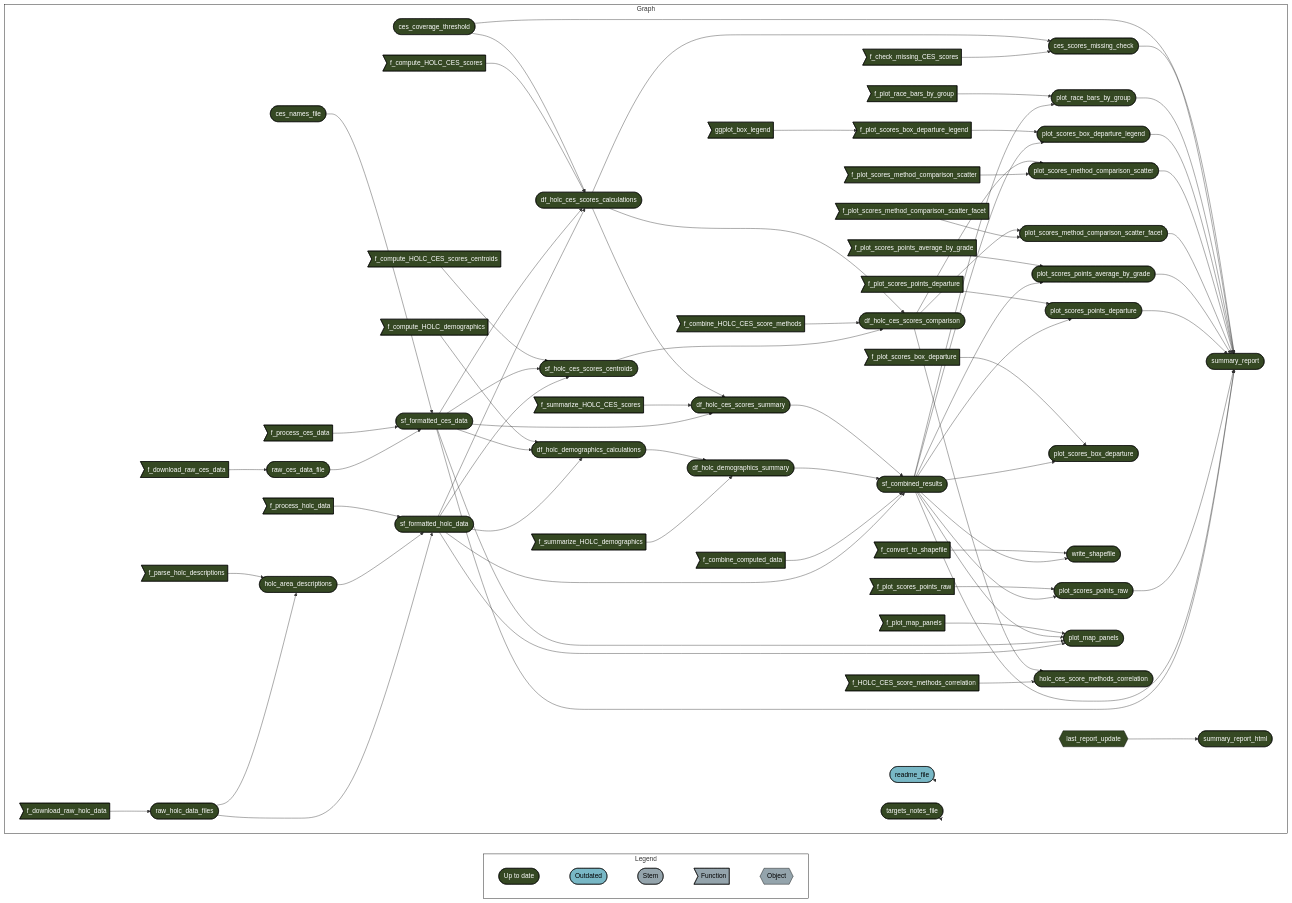
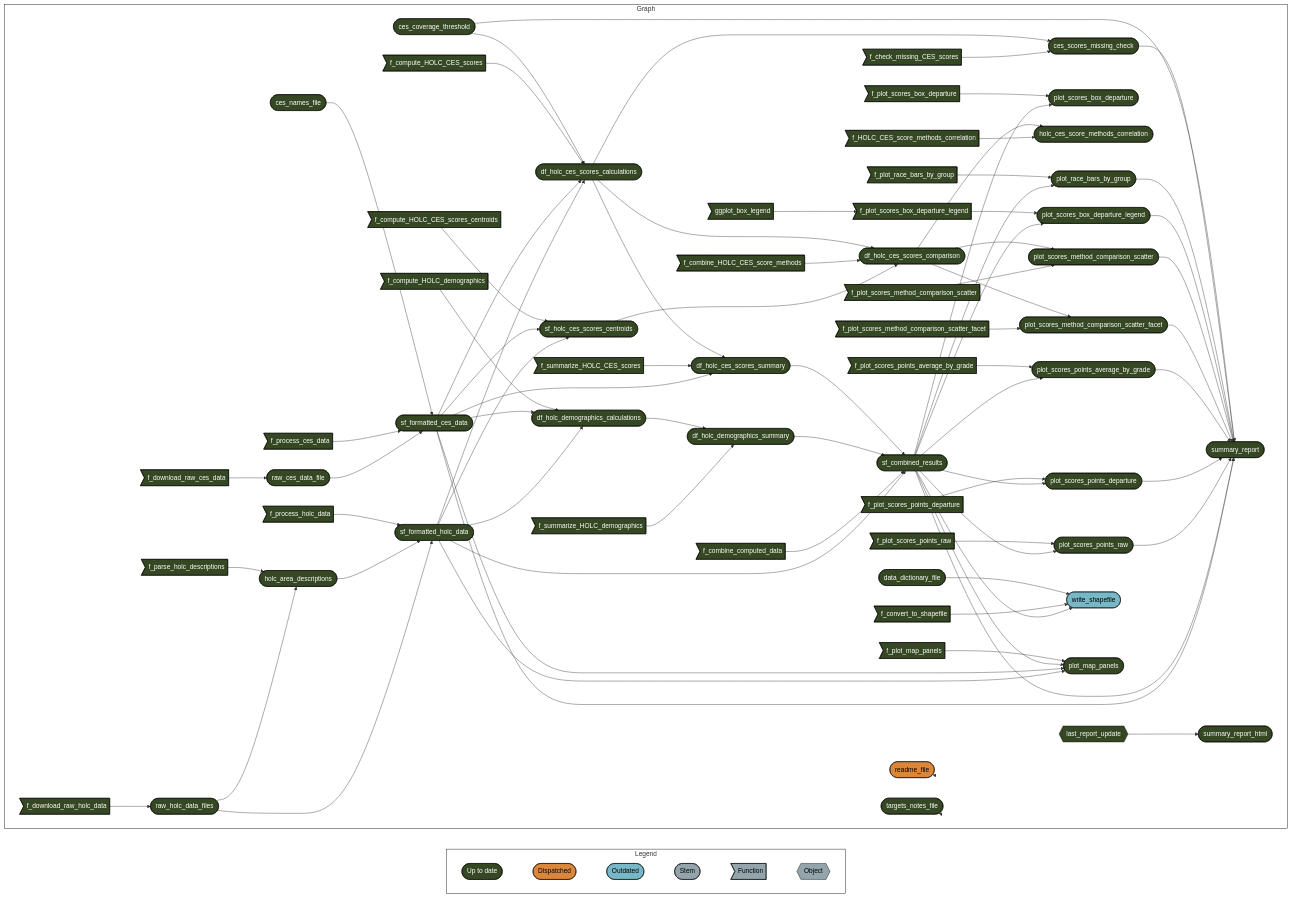
One commit to daltare/pollution-and-prejudice changed the diagram in README.md. Above: the diagram before and after it, drawn with Mermaid. The commit also changed 3 other files, not shown here.

Commit message:
add data dictionary file as a separate target

````diff
--- a/README.md
+++ b/README.md
@@ -123,7 +123,8 @@
   style Graph fill:#FFFFFF00,stroke:#000000;
   subgraph Legend
     direction LR
-    x7420bd9270f8d27d([""Up to date""]):::uptodate --- x0a52b03877696646([""Outdated""]):::outdated
+    x7420bd9270f8d27d([""Up to date""]):::uptodate --- xa8565c104d8f0705([""Dispatched""]):::dispatched
+    xa8565c104d8f0705([""Dispatched""]):::dispatched --- x0a52b03877696646([""Outdated""]):::outdated
     x0a52b03877696646([""Outdated""]):::outdated --- xbf4603d6c2c2ad6b([""Stem""]):::none
     xbf4603d6c2c2ad6b([""Stem""]):::none --- xf0bce276fe2b9d3e>""Function""]:::none
     xf0bce276fe2b9d3e>""Function""]:::none --- x5bffbffeae195fc9{{""Object""}}:::none
@@ -131,21 +132,27 @@
   subgraph Graph
     direction LR
     x723651d51c4d9039>"ggplot_box_legend"]:::uptodate --> x9fc5d9228e2f8c78>"f_plot_scores_box_departure_legend"]:::uptodate
-    xbc38fdbb09f54cdc(["df_holc_ces_scores_summary"]):::uptodate --> x7774e14ad1201765(["sf_combined_results"]):::uptodate
-    x722c080414fdf571(["df_holc_demographics_summary"]):::uptodate --> x7774e14ad1201765(["sf_combined_results"]):::uptodate
-    xf90b49dd379c5312>"f_combine_computed_data"]:::uptodate --> x7774e14ad1201765(["sf_combined_results"]):::uptodate
-    xd358c84560a350ea(["sf_formatted_holc_data"]):::uptodate --> x7774e14ad1201765(["sf_combined_results"]):::uptodate
-    x05780902aff2e52e>"f_plot_scores_points_departure"]:::uptodate --> x85db2b90c235dab6(["plot_scores_points_departure"]):::uptodate
-    x7774e14ad1201765(["sf_combined_results"]):::uptodate --> x85db2b90c235dab6(["plot_scores_points_departure"]):::uptodate
-    xf2cacda6c5be1d56(["df_holc_ces_scores_calculations"]):::uptodate --> xbc38fdbb09f54cdc(["df_holc_ces_scores_summary"]):::uptodate
-    x24483bb6f5885403>"f_summarize_HOLC_CES_scores"]:::uptodate --> xbc38fdbb09f54cdc(["df_holc_ces_scores_summary"]):::uptodate
-    x66ea1e7e4088616e(["sf_formatted_ces_data"]):::uptodate --> xbc38fdbb09f54cdc(["df_holc_ces_scores_summary"]):::uptodate
     x9fc5d9228e2f8c78>"f_plot_scores_box_departure_legend"]:::uptodate --> xd261dc6bb4fd422e(["plot_scores_box_departure_legend"]):::uptodate
     x7774e14ad1201765(["sf_combined_results"]):::uptodate --> xd261dc6bb4fd422e(["plot_scores_box_departure_legend"]):::uptodate
+    x3566400abf0582d0>"f_process_holc_data"]:::uptodate --> xd358c84560a350ea(["sf_formatted_holc_data"]):::uptodate
+    xc134b761ca90db6a(["holc_area_descriptions"]):::uptodate --> xd358c84560a350ea(["sf_formatted_holc_data"]):::uptodate
+    x7deb259c829fdb2e(["raw_holc_data_files"]):::uptodate --> xd358c84560a350ea(["sf_formatted_holc_data"]):::uptodate
+    xcda122252060630c>"f_compute_HOLC_CES_scores_centroids"]:::uptodate --> x03e01758e45bc154(["sf_holc_ces_scores_centroids"]):::uptodate
+    x66ea1e7e4088616e(["sf_formatted_ces_data"]):::uptodate --> x03e01758e45bc154(["sf_holc_ces_scores_centroids"]):::uptodate
+    xd358c84560a350ea(["sf_formatted_holc_data"]):::uptodate --> x03e01758e45bc154(["sf_holc_ces_scores_centroids"]):::uptodate
     xb8f0b2810f342081(["ces_coverage_threshold"]):::uptodate --> xf2cacda6c5be1d56(["df_holc_ces_scores_calculations"]):::uptodate
     xb84eb9d541120890>"f_compute_HOLC_CES_scores"]:::uptodate --> xf2cacda6c5be1d56(["df_holc_ces_scores_calculations"]):::uptodate
     x66ea1e7e4088616e(["sf_formatted_ces_data"]):::uptodate --> xf2cacda6c5be1d56(["df_holc_ces_scores_calculations"]):::uptodate
     xd358c84560a350ea(["sf_formatted_holc_data"]):::uptodate --> xf2cacda6c5be1d56(["df_holc_ces_scores_calculations"]):::uptodate
+    xd22b3ef3698af9c3>"f_plot_race_bars_by_group"]:::uptodate --> xe2341aac6be6d5c3(["plot_race_bars_by_group"]):::uptodate
+    x7774e14ad1201765(["sf_combined_results"]):::uptodate --> xe2341aac6be6d5c3(["plot_race_bars_by_group"]):::uptodate
+    x13ecd6c730196e92>"f_plot_scores_box_departure"]:::uptodate --> xc0917568d2ce3bee(["plot_scores_box_departure"]):::uptodate
+    x7774e14ad1201765(["sf_combined_results"]):::uptodate --> xc0917568d2ce3bee(["plot_scores_box_departure"]):::uptodate
+    x716156bac81cd62e(["df_holc_ces_scores_comparison"]):::uptodate --> xdf491333e4fb171a(["holc_ces_score_methods_correlation"]):::uptodate
+    x9f27f4335306e40c>"f_HOLC_CES_score_methods_correlation"]:::uptodate --> xdf491333e4fb171a(["holc_ces_score_methods_correlation"]):::uptodate
+    x4baab69ddc05606c>"f_compute_HOLC_demographics"]:::uptodate --> x0933fedf1eaed55e(["df_holc_demographics_calculations"]):::uptodate
+    x66ea1e7e4088616e(["sf_formatted_ces_data"]):::uptodate --> x0933fedf1eaed55e(["df_holc_demographics_calculations"]):::uptodate
+    xd358c84560a350ea(["sf_formatted_holc_data"]):::uptodate --> x0933fedf1eaed55e(["df_holc_demographics_calculations"]):::uptodate
     xb8f0b2810f342081(["ces_coverage_threshold"]):::uptodate --> xe24c603975ef95ce(["summary_report"]):::uptodate
     xcdcbc8327c73002a(["ces_scores_missing_check"]):::uptodate --> xe24c603975ef95ce(["summary_report"]):::uptodate
     xe2341aac6be6d5c3(["plot_race_bars_by_group"]):::uptodate --> xe24c603975ef95ce(["summary_report"]):::uptodate
@@ -157,60 +164,57 @@
     xd06bbe78c7eb9f6c(["plot_scores_points_raw"]):::uptodate --> xe24c603975ef95ce(["summary_report"]):::uptodate
     x7774e14ad1201765(["sf_combined_results"]):::uptodate --> xe24c603975ef95ce(["summary_report"]):::uptodate
     x66ea1e7e4088616e(["sf_formatted_ces_data"]):::uptodate --> xe24c603975ef95ce(["summary_report"]):::uptodate
-    xcda122252060630c>"f_compute_HOLC_CES_scores_centroids"]:::uptodate --> x03e01758e45bc154(["sf_holc_ces_scores_centroids"]):::uptodate
-    x66ea1e7e4088616e(["sf_formatted_ces_data"]):::uptodate --> x03e01758e45bc154(["sf_holc_ces_scores_centroids"]):::uptodate
-    xd358c84560a350ea(["sf_formatted_holc_data"]):::uptodate --> x03e01758e45bc154(["sf_holc_ces_scores_centroids"]):::uptodate
-    x13ecd6c730196e92>"f_plot_scores_box_departure"]:::uptodate --> xc0917568d2ce3bee(["plot_scores_box_departure"]):::uptodate
-    x7774e14ad1201765(["sf_combined_results"]):::uptodate --> xc0917568d2ce3bee(["plot_scores_box_departure"]):::uptodate
-    x4baab69ddc05606c>"f_compute_HOLC_demographics"]:::uptodate --> x0933fedf1eaed55e(["df_holc_demographics_calculations"]):::uptodate
-    x66ea1e7e4088616e(["sf_formatted_ces_data"]):::uptodate --> x0933fedf1eaed55e(["df_holc_demographics_calculations"]):::uptodate
-    xd358c84560a350ea(["sf_formatted_holc_data"]):::uptodate --> x0933fedf1eaed55e(["df_holc_demographics_calculations"]):::uptodate
+    x28598aa74e36431d>"f_download_raw_holc_data"]:::uptodate --> x7deb259c829fdb2e(["raw_holc_data_files"]):::uptodate
     xe7b24c87dabecd62>"f_parse_holc_descriptions"]:::uptodate --> xc134b761ca90db6a(["holc_area_descriptions"]):::uptodate
     x7deb259c829fdb2e(["raw_holc_data_files"]):::uptodate --> xc134b761ca90db6a(["holc_area_descriptions"]):::uptodate
-    x3566400abf0582d0>"f_process_holc_data"]:::uptodate --> xd358c84560a350ea(["sf_formatted_holc_data"]):::uptodate
-    xc134b761ca90db6a(["holc_area_descriptions"]):::uptodate --> xd358c84560a350ea(["sf_formatted_holc_data"]):::uptodate
-    x7deb259c829fdb2e(["raw_holc_data_files"]):::uptodate --> xd358c84560a350ea(["sf_formatted_holc_data"]):::uptodate
-    xd22b3ef3698af9c3>"f_plot_race_bars_by_group"]:::uptodate --> xe2341aac6be6d5c3(["plot_race_bars_by_group"]):::uptodate
-    x7774e14ad1201765(["sf_combined_results"]):::uptodate --> xe2341aac6be6d5c3(["plot_race_bars_by_group"]):::uptodate
+    xf2cacda6c5be1d56(["df_holc_ces_scores_calculations"]):::uptodate --> x716156bac81cd62e(["df_holc_ces_scores_comparison"]):::uptodate
+    x1362e4f419a24a87>"f_combine_HOLC_CES_score_methods"]:::uptodate --> x716156bac81cd62e(["df_holc_ces_scores_comparison"]):::uptodate
+    x03e01758e45bc154(["sf_holc_ces_scores_centroids"]):::uptodate --> x716156bac81cd62e(["df_holc_ces_scores_comparison"]):::uptodate
+    x661c36f456260220>"f_plot_scores_points_average_by_grade"]:::uptodate --> x26888c3adf53b8ba(["plot_scores_points_average_by_grade"]):::uptodate
+    x7774e14ad1201765(["sf_combined_results"]):::uptodate --> x26888c3adf53b8ba(["plot_scores_points_average_by_grade"]):::uptodate
+    x0933fedf1eaed55e(["df_holc_demographics_calculations"]):::uptodate --> x722c080414fdf571(["df_holc_demographics_summary"]):::uptodate
+    x2dfdf1b5ee4ba094>"f_summarize_HOLC_demographics"]:::uptodate --> x722c080414fdf571(["df_holc_demographics_summary"]):::uptodate
+    xf443f725966ed075{{"last_report_update"}}:::uptodate --> x3b5990520b2e818d(["summary_report_html"]):::uptodate
+    x716156bac81cd62e(["df_holc_ces_scores_comparison"]):::uptodate --> xe4dc7810b8261f38(["plot_scores_method_comparison_scatter_facet"]):::uptodate
+    x3b0727f79ff18b40>"f_plot_scores_method_comparison_scatter_facet"]:::uptodate --> xe4dc7810b8261f38(["plot_scores_method_comparison_scatter_facet"]):::uptodate
+    x716156bac81cd62e(["df_holc_ces_scores_comparison"]):::uptodate --> x30558efb09c7936d(["plot_scores_method_comparison_scatter"]):::uptodate
+    xfded34a4d23e9e5d>"f_plot_scores_method_comparison_scatter"]:::uptodate --> x30558efb09c7936d(["plot_scores_method_comparison_scatter"]):::uptodate
+    x6a4e5ab768f76050>"f_plot_scores_points_raw"]:::uptodate --> xd06bbe78c7eb9f6c(["plot_scores_points_raw"]):::uptodate
+    x7774e14ad1201765(["sf_combined_results"]):::uptodate --> xd06bbe78c7eb9f6c(["plot_scores_points_raw"]):::uptodate
     x7ad41e3fd12f2676(["ces_names_file"]):::uptodate --> x66ea1e7e4088616e(["sf_formatted_ces_data"]):::uptodate
     xdca65f7684d779f0>"f_process_ces_data"]:::uptodate --> x66ea1e7e4088616e(["sf_formatted_ces_data"]):::uptodate
     x6538bfb2bd8fa5af(["raw_ces_data_file"]):::uptodate --> x66ea1e7e4088616e(["sf_formatted_ces_data"]):::uptodate
-    x661c36f456260220>"f_plot_scores_points_average_by_grade"]:::uptodate --> x26888c3adf53b8ba(["plot_scores_points_average_by_grade"]):::uptodate
-    x7774e14ad1201765(["sf_combined_results"]):::uptodate --> x26888c3adf53b8ba(["plot_scores_points_average_by_grade"]):::uptodate
-    x9e5564aad7264f3e>"f_convert_to_shapefile"]:::uptodate --> xf040698982835e96(["write_shapefile"]):::uptodate
-    x7774e14ad1201765(["sf_combined_results"]):::uptodate --> xf040698982835e96(["write_shapefile"]):::uptodate
-    xf443f725966ed075{{"last_report_update"}}:::uptodate --> x3b5990520b2e818d(["summary_report_html"]):::uptodate
+    x973757ac5e3621cd(["data_dictionary_file"]):::uptodate --> xf040698982835e96(["write_shapefile"]):::outdated
+    x9e5564aad7264f3e>"f_convert_to_shapefile"]:::uptodate --> xf040698982835e96(["write_shapefile"]):::outdated
+    x7774e14ad1201765(["sf_combined_results"]):::uptodate --> xf040698982835e96(["write_shapefile"]):::outdated
+    xc504145cdabdd854>"f_download_raw_ces_data"]:::uptodate --> x6538bfb2bd8fa5af(["raw_ces_data_file"]):::uptodate
+    xbc38fdbb09f54cdc(["df_holc_ces_scores_summary"]):::uptodate --> x7774e14ad1201765(["sf_combined_results"]):::uptodate
+    x722c080414fdf571(["df_holc_demographics_summary"]):::uptodate --> x7774e14ad1201765(["sf_combined_results"]):::uptodate
+    xf90b49dd379c5312>"f_combine_computed_data"]:::uptodate --> x7774e14ad1201765(["sf_combined_results"]):::uptodate
+    xd358c84560a350ea(["sf_formatted_holc_data"]):::uptodate --> x7774e14ad1201765(["sf_combined_results"]):::uptodate
+    xf2cacda6c5be1d56(["df_holc_ces_scores_calculations"]):::uptodate --> xcdcbc8327c73002a(["ces_scores_missing_check"]):::uptodate
+    x1909355c81c03a12>"f_check_missing_CES_scores"]:::uptodate --> xcdcbc8327c73002a(["ces_scores_missing_check"]):::uptodate
+    xf2cacda6c5be1d56(["df_holc_ces_scores_calculations"]):::uptodate --> xbc38fdbb09f54cdc(["df_holc_ces_scores_summary"]):::uptodate
+    x24483bb6f5885403>"f_summarize_HOLC_CES_scores"]:::uptodate --> xbc38fdbb09f54cdc(["df_holc_ces_scores_summary"]):::uptodate
+    x66ea1e7e4088616e(["sf_formatted_ces_data"]):::uptodate --> xbc38fdbb09f54cdc(["df_holc_ces_scores_summary"]):::uptodate
     xc11e093e8a0331b6>"f_plot_map_panels"]:::uptodate --> x52b2d35838d1c908(["plot_map_panels"]):::uptodate
     x7774e14ad1201765(["sf_combined_results"]):::uptodate --> x52b2d35838d1c908(["plot_map_panels"]):::uptodate
     x66ea1e7e4088616e(["sf_formatted_ces_data"]):::uptodate --> x52b2d35838d1c908(["plot_map_panels"]):::uptodate
     xd358c84560a350ea(["sf_formatted_holc_data"]):::uptodate --> x52b2d35838d1c908(["plot_map_panels"]):::uptodate
-    x716156bac81cd62e(["df_holc_ces_scores_comparison"]):::uptodate --> xe4dc7810b8261f38(["plot_scores_method_comparison_scatter_facet"]):::uptodate
-    x3b0727f79ff18b40>"f_plot_scores_method_comparison_scatter_facet"]:::uptodate --> xe4dc7810b8261f38(["plot_scores_method_comparison_scatter_facet"]):::uptodate
-    x28598aa74e36431d>"f_download_raw_holc_data"]:::uptodate --> x7deb259c829fdb2e(["raw_holc_data_files"]):::uptodate
-    xf2cacda6c5be1d56(["df_holc_ces_scores_calculations"]):::uptodate --> xcdcbc8327c73002a(["ces_scores_missing_check"]):::uptodate
-    x1909355c81c03a12>"f_check_missing_CES_scores"]:::uptodate --> xcdcbc8327c73002a(["ces_scores_missing_check"]):::uptodate
-    x716156bac81cd62e(["df_holc_ces_scores_comparison"]):::uptodate --> x30558efb09c7936d(["plot_scores_method_comparison_scatter"]):::uptodate
-    xfded34a4d23e9e5d>"f_plot_scores_method_comparison_scatter"]:::uptodate --> x30558efb09c7936d(["plot_scores_method_comparison_scatter"]):::uptodate
-    x0933fedf1eaed55e(["df_holc_demographics_calculations"]):::uptodate --> x722c080414fdf571(["df_holc_demographics_summary"]):::uptodate
-    x2dfdf1b5ee4ba094>"f_summarize_HOLC_demographics"]:::uptodate --> x722c080414fdf571(["df_holc_demographics_summary"]):::uptodate
-    xc504145cdabdd854>"f_download_raw_ces_data"]:::uptodate --> x6538bfb2bd8fa5af(["raw_ces_data_file"]):::uptodate
-    x716156bac81cd62e(["df_holc_ces_scores_comparison"]):::uptodate --> xdf491333e4fb171a(["holc_ces_score_methods_correlation"]):::uptodate
-    x9f27f4335306e40c>"f_HOLC_CES_score_methods_correlation"]:::uptodate --> xdf491333e4fb171a(["holc_ces_score_methods_correlation"]):::uptodate
-    xf2cacda6c5be1d56(["df_holc_ces_scores_calculations"]):::uptodate --> x716156bac81cd62e(["df_holc_ces_scores_comparison"]):::uptodate
-    x1362e4f419a24a87>"f_combine_HOLC_CES_score_methods"]:::uptodate --> x716156bac81cd62e(["df_holc_ces_scores_comparison"]):::uptodate
-    x03e01758e45bc154(["sf_holc_ces_scores_centroids"]):::uptodate --> x716156bac81cd62e(["df_holc_ces_scores_comparison"]):::uptodate
-    x6a4e5ab768f76050>"f_plot_scores_points_raw"]:::uptodate --> xd06bbe78c7eb9f6c(["plot_scores_points_raw"]):::uptodate
-    x7774e14ad1201765(["sf_combined_results"]):::uptodate --> xd06bbe78c7eb9f6c(["plot_scores_points_raw"]):::uptodate
-    x118ccf0169559b01(["readme_file"]):::outdated --> x118ccf0169559b01(["readme_file"]):::outdated
+    x05780902aff2e52e>"f_plot_scores_points_departure"]:::uptodate --> x85db2b90c235dab6(["plot_scores_points_departure"]):::uptodate
+    x7774e14ad1201765(["sf_combined_results"]):::uptodate --> x85db2b90c235dab6(["plot_scores_points_departure"]):::uptodate
+    x118ccf0169559b01(["readme_file"]):::dispatched --> x118ccf0169559b01(["readme_file"]):::dispatched
     xd244e8c357cc9580(["targets_notes_file"]):::uptodate --> xd244e8c357cc9580(["targets_notes_file"]):::uptodate
   end
   classDef uptodate stroke:#000000,color:#ffffff,fill:#354823;
+  classDef dispatched stroke:#000000,color:#000000,fill:#DC863B;
   classDef outdated stroke:#000000,color:#000000,fill:#78B7C5;
   classDef none stroke:#000000,color:#000000,fill:#94a4ac;
   linkStyle 0 stroke-width:0px;
   linkStyle 1 stroke-width:0px;
   linkStyle 2 stroke-width:0px;
   linkStyle 3 stroke-width:0px;
-  linkStyle 75 stroke-width:0px;
-  linkStyle 76 stroke-width:0px;
+  linkStyle 4 stroke-width:0px;
+  linkStyle 77 stroke-width:0px;
+  linkStyle 78 stroke-width:0px;
 ```
````
